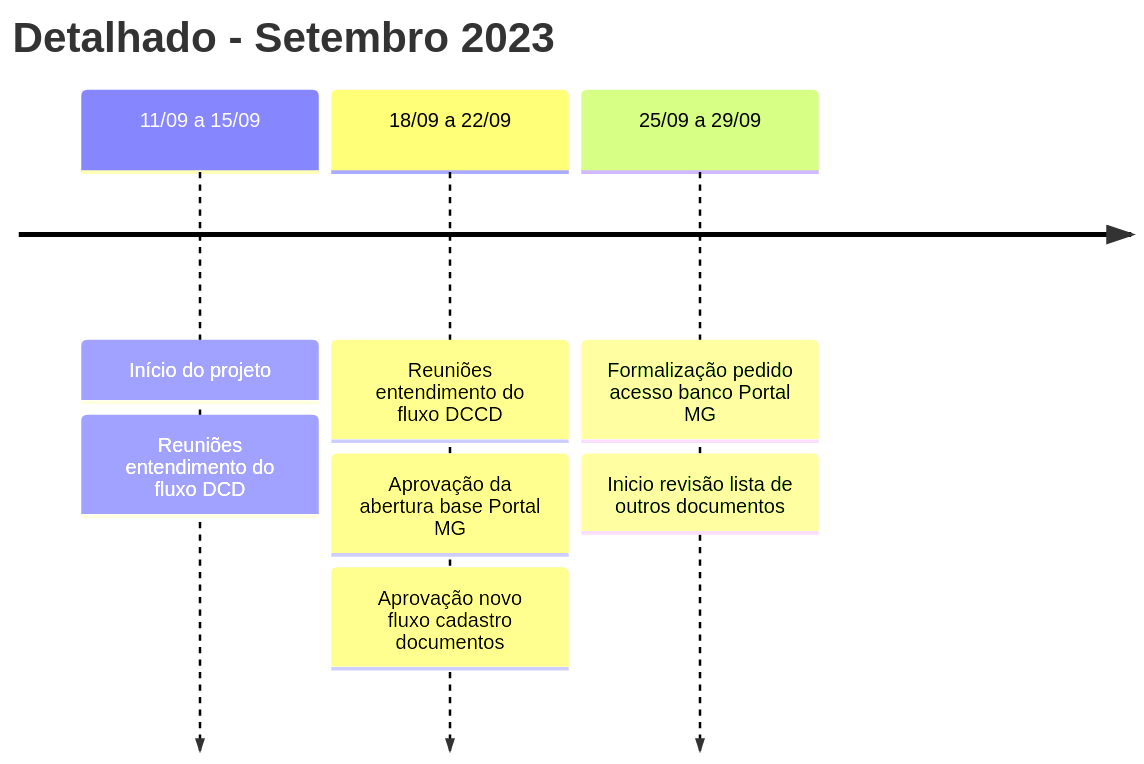
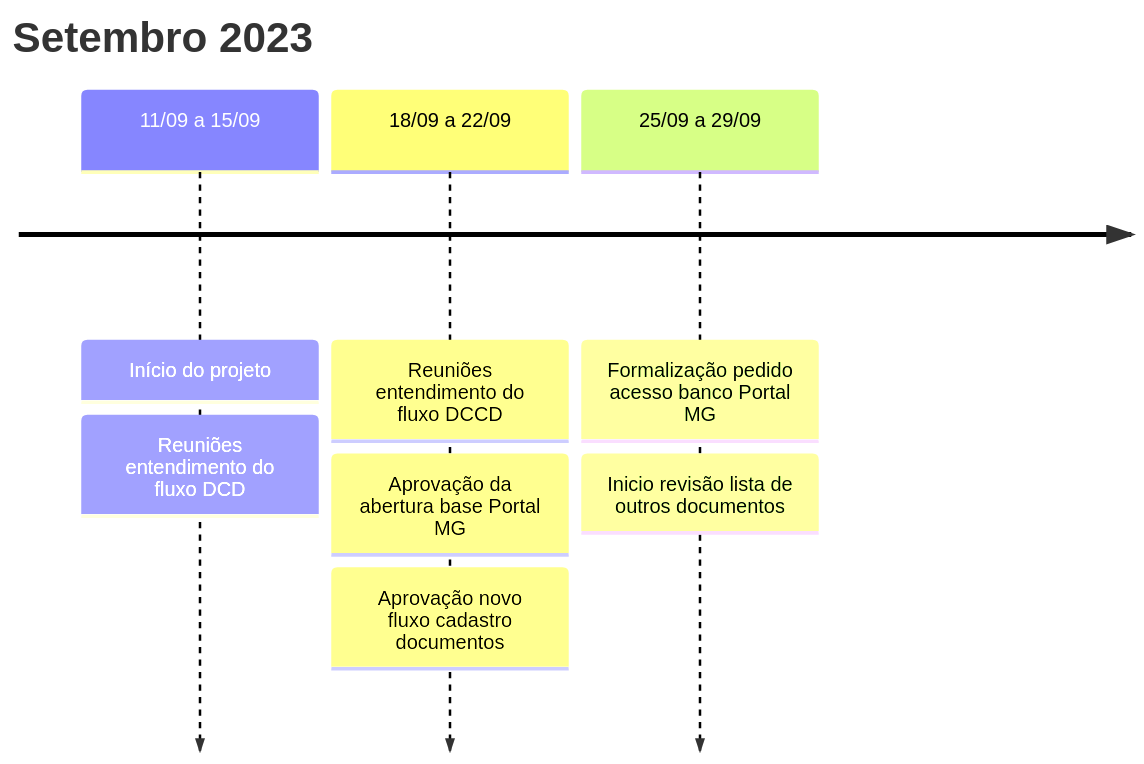
The second of 2 diagrams in docs/linha_do_tempo/mapa_transformacao.md (lab-mg/handbook), drawn with Mermaid before and after one commit. The commit also changed other lines of this file, not shown here.

````diff
--- a/docs/linha_do_tempo/mapa_transformacao.md
+++ b/docs/linha_do_tempo/mapa_transformacao.md
@@ -22,11 +26,11 @@
 ```mermaid
 timeline
-    title Detalhado - Setembro 2023
+    title Setembro 2023
     11/09 a 15/09 : Início do projeto
                   : Reuniões entendimento do fluxo DCD
     18/09 a 22/09 : Reuniões entendimento do fluxo DCCD
                   : Aprovação da abertura base Portal MG
                   : Aprovação novo fluxo cadastro documentos
     25/09 a 29/09 : Formalização pedido acesso banco Portal MG
                   : Inicio revisão lista de outros documentos
 ```
````
